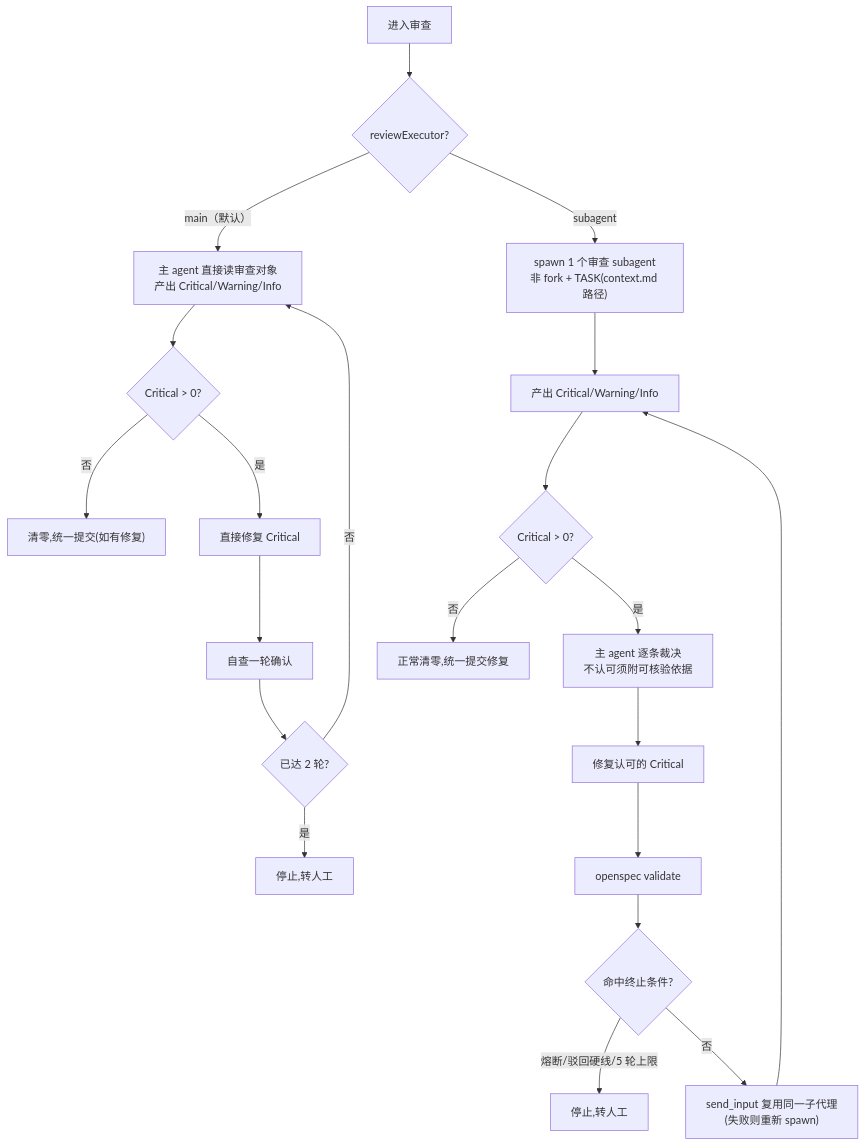
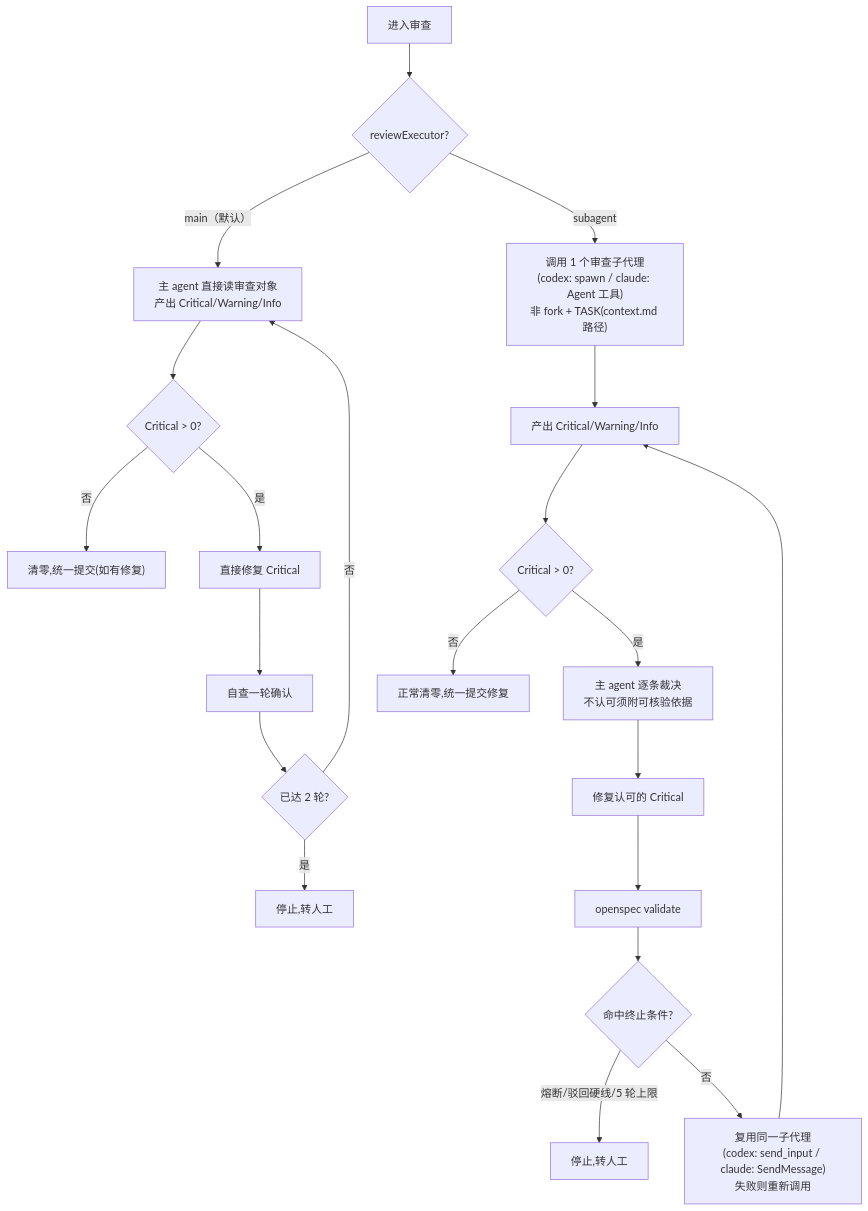
Before and after one commit to FE-runner/ly-workflow-codex: the second of 4 diagrams in workflow.md, drawn with Mermaid. The commit also changed other lines of this file and 114 other files, not shown here.

````diff
--- a/workflow.md
+++ b/workflow.md
@@ -47,25 +49,25 @@
 ```mermaid
 flowchart TD
     RStart["进入审查"] --> RExec{"reviewExecutor?"}
 
     RExec -->|main（默认）| M1["主 agent 直接读审查对象<br/>产出 Critical/Warning/Info"]
     M1 --> M2{"Critical > 0?"}
     M2 -->|否| MDone["清零,统一提交(如有修复)"]
     M2 -->|是| M3["直接修复 Critical"]
     M3 --> M4["自查一轮确认"]
     M4 --> M5{"已达 2 轮?"}
     M5 -->|否| M1
     M5 -->|是| MStop["停止,转人工"]
 
-    RExec -->|subagent| S1["spawn 1 个审查 subagent<br/>非 fork + TASK(context.md 路径)"]
+    RExec -->|subagent| S1["调用 1 个审查子代理<br/>(codex: spawn / claude: Agent 工具)<br/>非 fork + TASK(context.md 路径)"]
     S1 --> S2["产出 Critical/Warning/Info"]
     S2 --> S3{"Critical > 0?"}
     S3 -->|否| SDone["正常清零,统一提交修复"]
     S3 -->|是| S4["主 agent 逐条裁决<br/>不认可须附可核验依据"]
     S4 --> S5["修复认可的 Critical"]
     S5 --> S6["openspec validate"]
     S6 --> S7{"命中终止条件?"}
     S7 -->|熔断/驳回硬线/5 轮上限| SStop["停止,转人工"]
-    S7 -->|否| S8["send_input 复用同一子代理<br/>(失败则重新 spawn)"]
+    S7 -->|否| S8["复用同一子代理<br/>(codex: send_input / claude: SendMessage)<br/>失败则重新调用"]
     S8 --> S2
 ```
````
